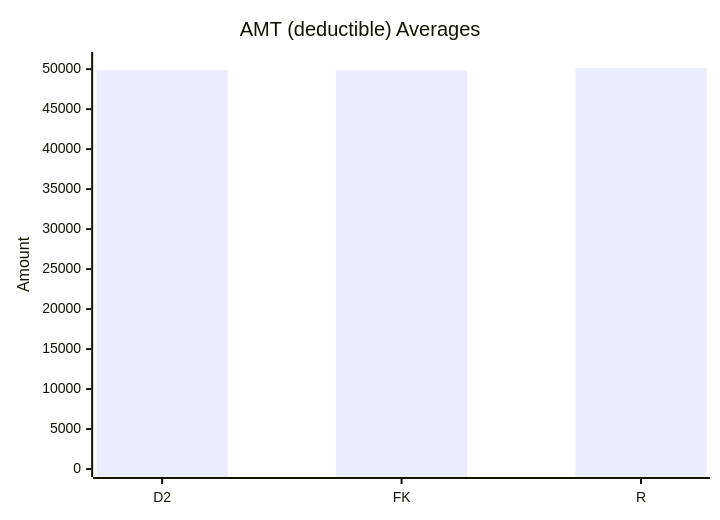
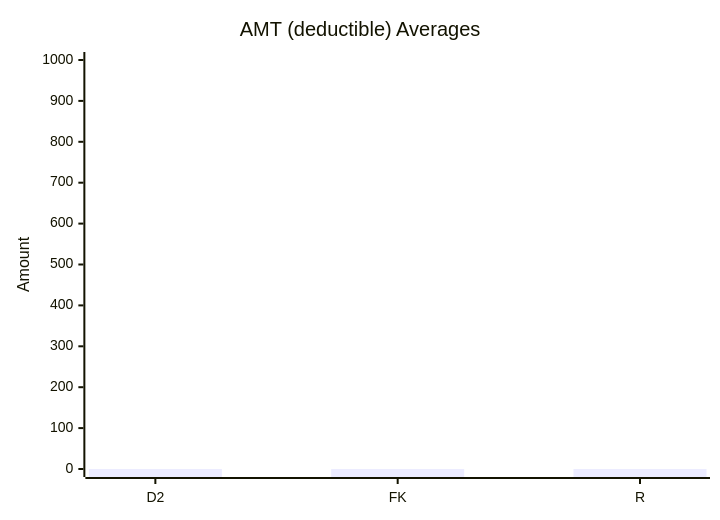
Before and after one commit to dhagan-va/intern-2025: the ninth of 10 diagrams in test-tools/DataGen/src/Statistics_Visualizer.md, drawn with Mermaid. The commit also changed other lines of this file and 3 other files, not shown here.

````diff
--- a/test-tools/DataGen/src/Statistics_Visualizer.md
+++ b/test-tools/DataGen/src/Statistics_Visualizer.md
@@ -98,7 +98,7 @@
 ```mermaid
 xychart-beta
     title "AMT (deductible) Averages"
     x-axis ["D2", "FK", "R"]
-    y-axis "Amount" 0 --> 51142.34188381168
-    bar [49866.705819418166, 49852.28711128879, 50142.34188381168]
+    y-axis "Amount" 0 --> 1000.0
+    bar [0.0, 0.0, 0.0]
 ```
````
